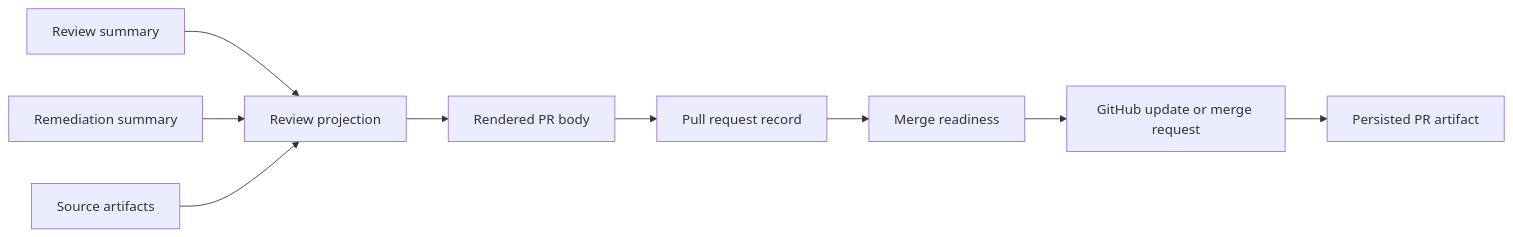
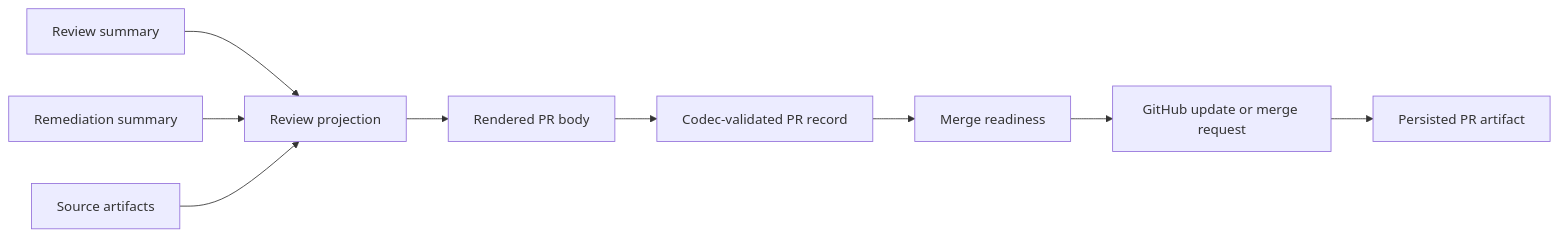
The diagram in packages/prs/README.md (VannaDii/ironloom), drawn with Mermaid before and after one commit. The commit also changed other lines of this file and 168 other files, not shown here.

````diff
--- a/packages/prs/README.md
+++ b/packages/prs/README.md
@@ -11,11 +15,11 @@
 ```mermaid
 flowchart LR
   Review[Review summary] --> Projection[Review projection]
   Remediation[Remediation summary] --> Projection
   Artifacts[Source artifacts] --> Projection
   Projection --> Body[Rendered PR body]
-  Body --> Record[Pull request record]
+  Body --> Record[Codec-validated PR record]
   Record --> MergeReady[Merge readiness]
   MergeReady --> GitHub[GitHub update or merge request]
   GitHub --> Audit[Persisted PR artifact]
 ```
````
